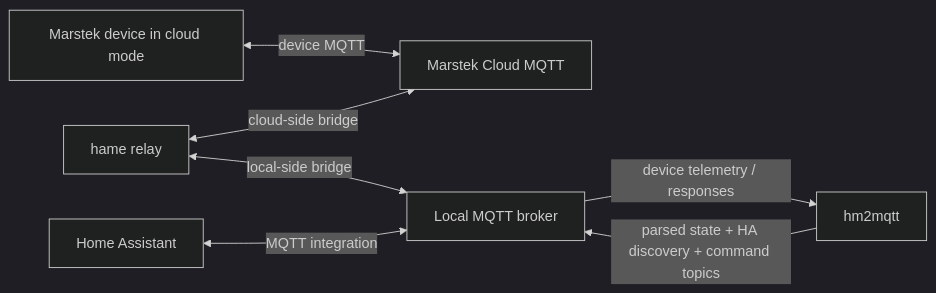
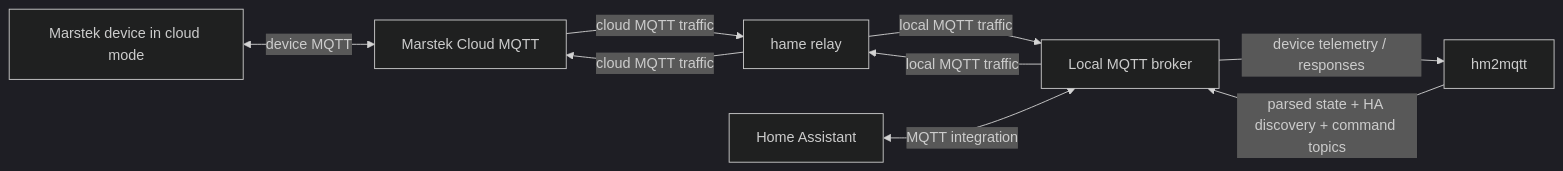
Before and after one commit to tomquist/hm2mqtt: the second of 2 diagrams in README.md, drawn with Mermaid (dark theme). The commit also changed other lines of this file, not shown here.

Commit message:
docs: use directional labeled hame-relay edges in flow diagrams

````diff
--- a/README.md
+++ b/README.md
@@ -78,9 +80,11 @@
 ```mermaid
 flowchart LR
     Device[Marstek device in cloud mode] <-->|device MQTT| CloudMQTT[Marstek Cloud MQTT]
-    Relay[hame relay] <-->|cloud-side bridge| CloudMQTT
-    Relay <-->|local-side bridge| Broker[Local MQTT broker]
+    CloudMQTT -->|cloud MQTT traffic| Relay[hame relay]
+    Relay -->|cloud MQTT traffic| CloudMQTT
+    Broker[Local MQTT broker] -->|local MQTT traffic| Relay
+    Relay -->|local MQTT traffic| Broker
     Broker -->|device telemetry / responses| HM2MQTT[hm2mqtt]
     HM2MQTT -->|parsed state + HA discovery + command topics| Broker
     HA[Home Assistant] <-->|MQTT integration| Broker
 ```
````
